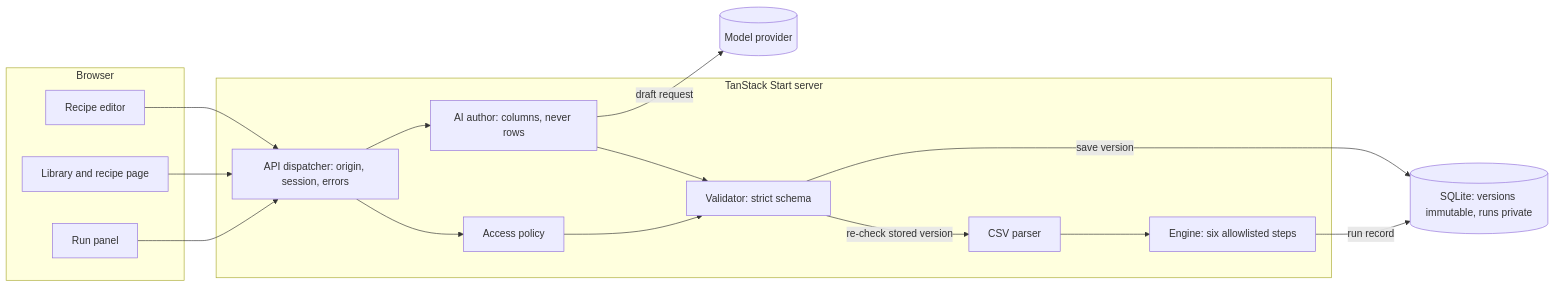
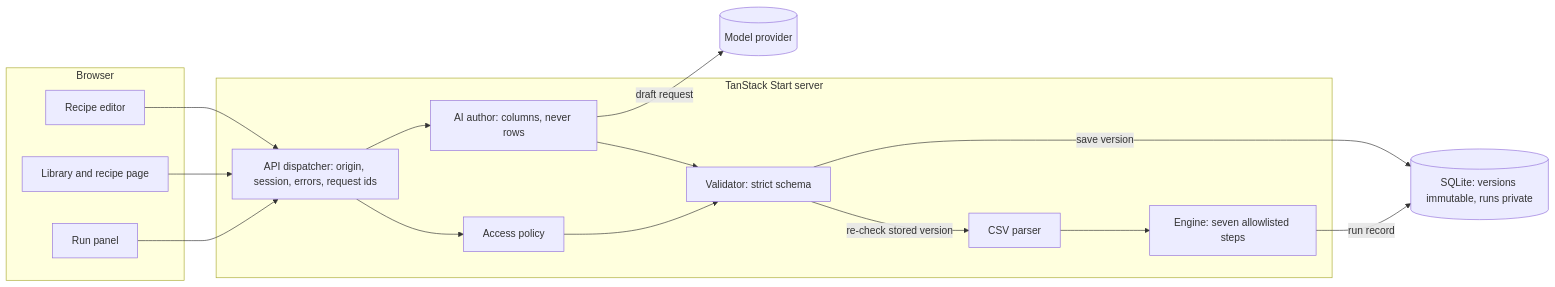
The diagram in README.md (Abhinavsuri90/flowpilot), drawn with Mermaid before and after one commit. The commit also changed other lines of this file and 5 other files, not shown here.

````diff
--- a/README.md
+++ b/README.md
@@ -172,27 +183,27 @@
 ```mermaid
 flowchart LR
   subgraph Browser
     ED[Recipe editor]
     LB[Library and recipe page]
     RP[Run panel]
   end
   subgraph Server[TanStack Start server]
-    DP[API dispatcher: origin, session, errors]
+    DP[API dispatcher: origin, session, errors, request ids]
     AI[AI author: columns, never rows]
     PO[Access policy]
     VA[Validator: strict schema]
     CS[CSV parser]
-    EN[Engine: six allowlisted steps]
+    EN[Engine: seven allowlisted steps]
   end
   MP[(Model provider)]
   DB[(SQLite: versions immutable, runs private)]
   ED --> DP
   LB --> DP
   RP --> DP
   DP --> AI
   AI -- draft request --> MP
   AI --> VA
   DP --> PO --> VA
   VA -- save version --> DB
   VA -- re-check stored version --> CS --> EN -- run record --> DB
 ```
````
